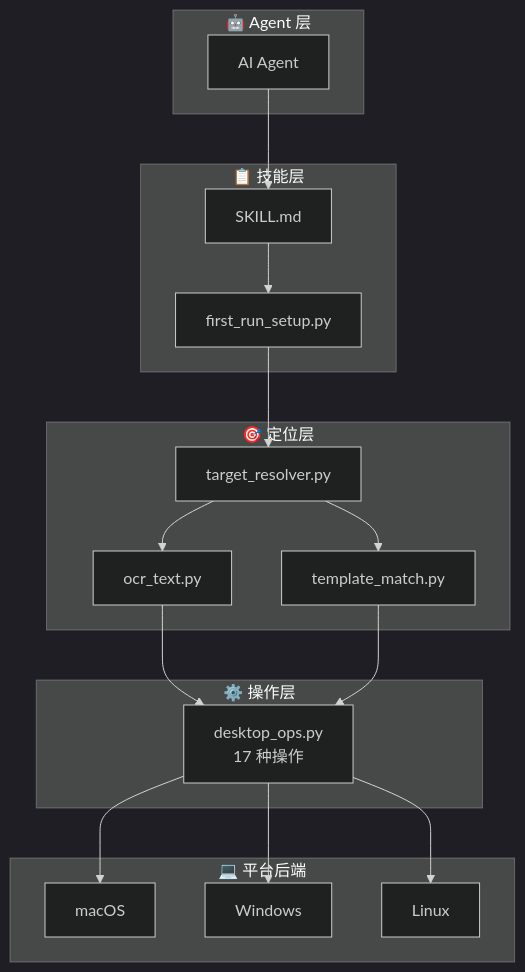
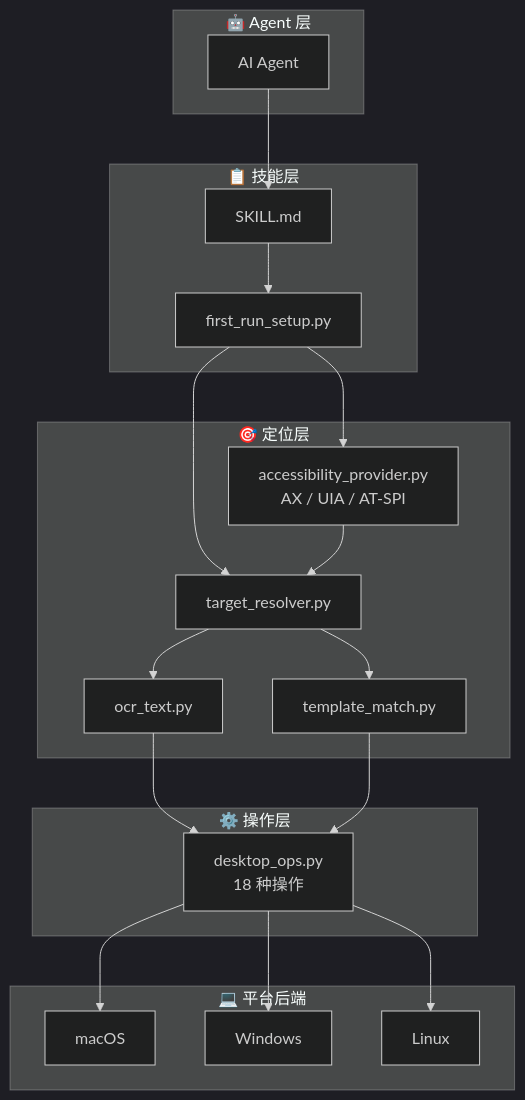
One commit to appergb/desktop-agent-ops changed the first of 2 diagrams in docs/README_zh.md. Above: the diagram before and after it, drawn with Mermaid (dark theme). The commit also changed other lines of this file and 133 other files, not shown here.

Commit message:
feat: refresh desktop agent ops runtime and release bundle

````diff
--- a/docs/README_zh.md
+++ b/docs/README_zh.md
@@ -40,27 +41,29 @@
 ```mermaid
 graph TB
     subgraph "🤖 Agent 层"
         A[AI Agent]
     end
     subgraph "📋 技能层"
         B[SKILL.md] --> C[first_run_setup.py]
     end
     subgraph "🎯 定位层"
+        AX[accessibility_provider.py<br/>AX / UIA / AT-SPI]
         D[target_resolver.py]
         E[ocr_text.py]
         F[template_match.py]
     end
     subgraph "⚙️ 操作层"
-        H[desktop_ops.py<br/>17 种操作]
+        H[desktop_ops.py<br/>18 种操作]
     end
     subgraph "💻 平台后端"
         I[macOS]
         J[Windows]
         K[Linux]
     end
     A --> B
-    C --> D
+    C --> AX & D
+    AX --> D
     D --> E & F
     E & F --> H
     H --> I & J & K
 ```
````
